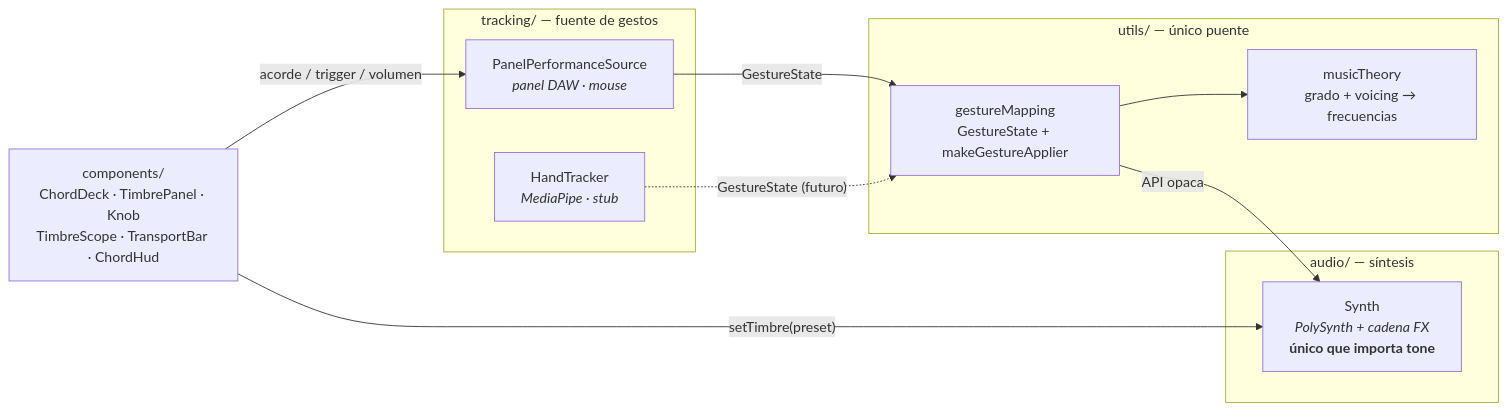
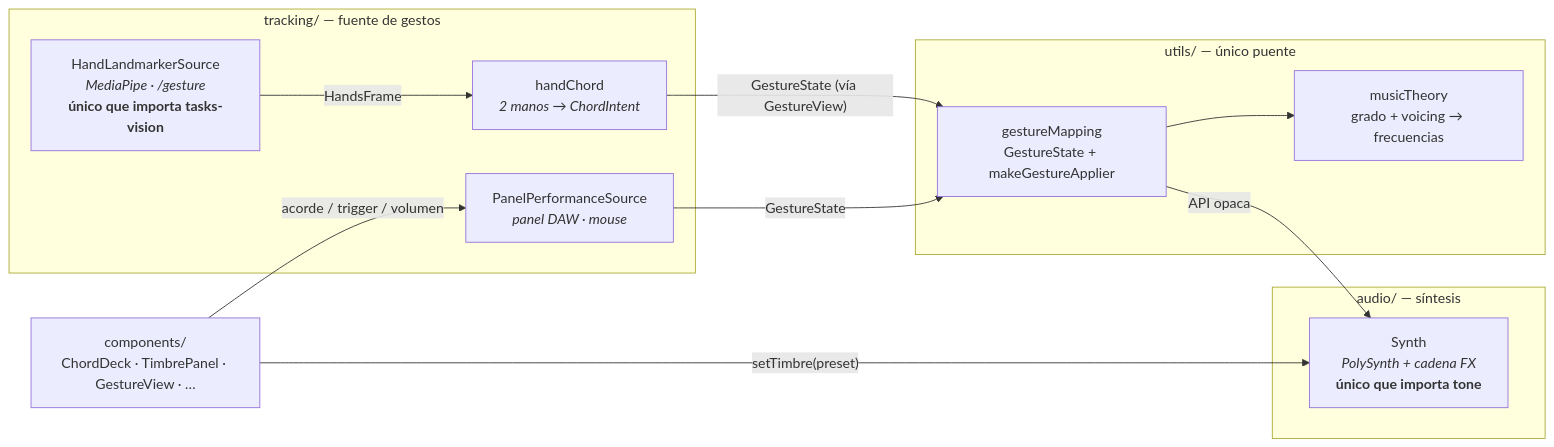
The first of 2 diagrams in README.md (aiizedev/GestureSynth), drawn with Mermaid before and after one commit. The commit also changed other lines of this file and 26 other files, not shown here.

First line of the commit message:
Fase 2: /gesture — manos por cámara → acorde → Synth

````diff
--- a/README.md
+++ b/README.md
@@ -56,22 +66,24 @@
 ```mermaid
 flowchart LR
     subgraph tracking["tracking/ — fuente de gestos"]
         PPS["PanelPerformanceSource<br/><i>panel DAW · mouse</i>"]
-        HT["HandTracker<br/><i>MediaPipe · stub</i>"]
+        HL["HandLandmarkerSource<br/><i>MediaPipe · /gesture</i><br/><b>único que importa tasks-vision</b>"]
+        HC["handChord<br/><i>2 manos → ChordIntent</i>"]
     end
     subgraph utils["utils/ — único puente"]
         GM["gestureMapping<br/>GestureState + makeGestureApplier"]
         MT["musicTheory<br/>grado + voicing → frecuencias"]
     end
     subgraph audio["audio/ — síntesis"]
         SY["Synth<br/><i>PolySynth + cadena FX</i><br/><b>único que importa tone</b>"]
     end
-    UI["components/<br/>ChordDeck · TimbrePanel · Knob<br/>TimbreScope · TransportBar · ChordHud"]
+    UI["components/<br/>ChordDeck · TimbrePanel · GestureView · …"]
 
     UI -- "acorde / trigger / volumen" --> PPS
     UI -- "setTimbre(preset)" --> SY
     PPS -- "GestureState" --> GM
-    HT -. "GestureState (futuro)" .-> GM
+    HL -- "HandsFrame" --> HC
+    HC -- "GestureState (vía GestureView)" --> GM
     GM --> MT
     GM -- "API opaca" --> SY
 ```
````
